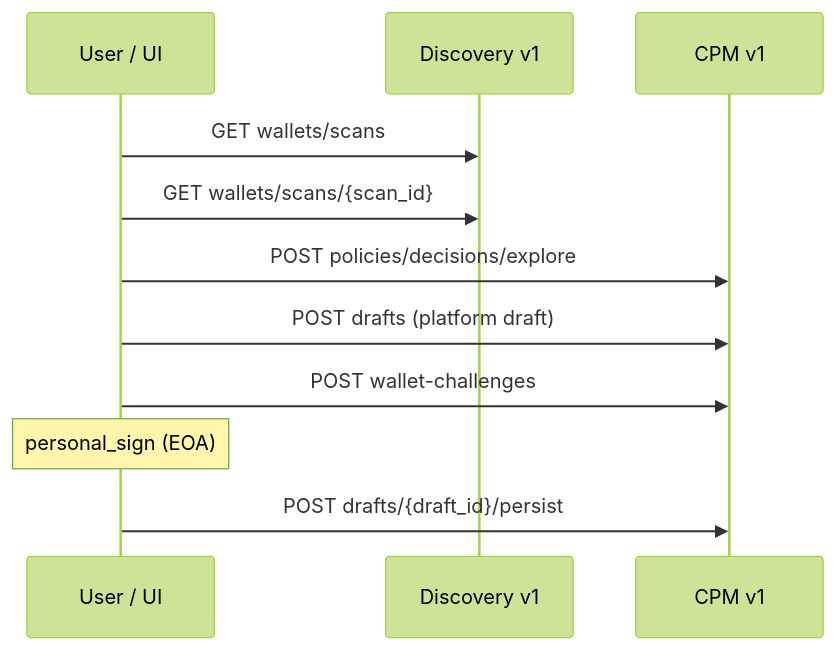
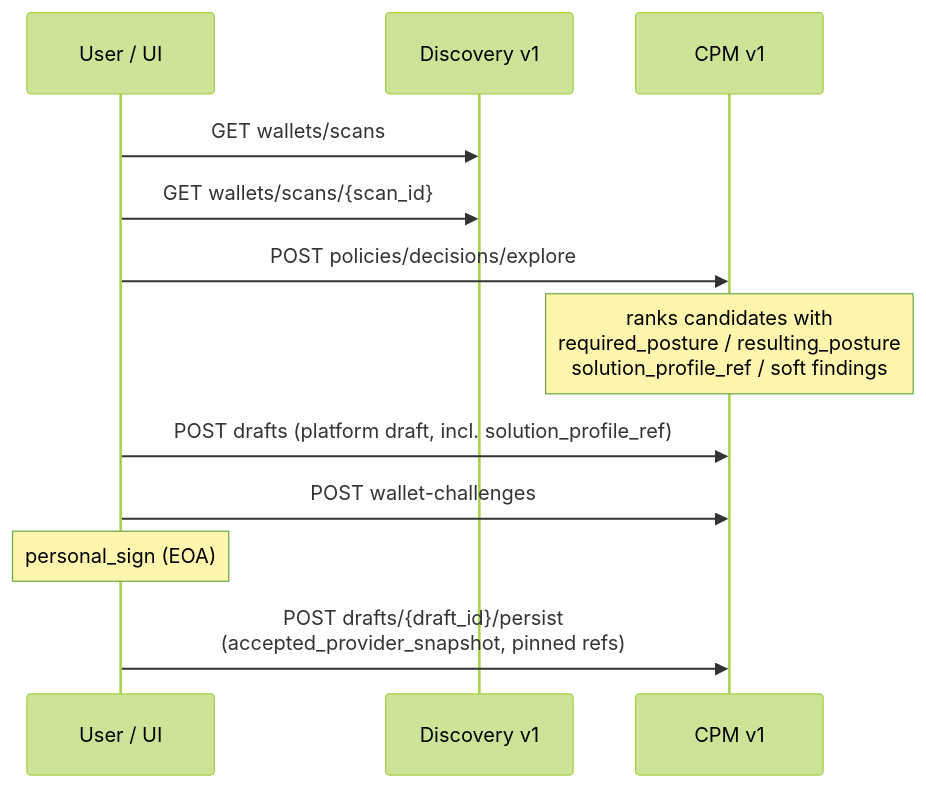
Before and after one commit to create2-labs/cafe-documentation: the diagram in docs/architecture/cpm-v1-flow.md, drawn with Mermaid (forest theme). The commit also changed other lines of this file and 9 other files, not shown here.

````diff
--- a/docs/architecture/cpm-v1-flow.md
+++ b/docs/architecture/cpm-v1-flow.md
@@ -19,13 +21,14 @@
 ```mermaid
 sequenceDiagram
   participant U as User / UI
   participant D as Discovery v1
   participant C as CPM v1
   U->>D: GET wallets/scans
   U->>D: GET wallets/scans/{scan_id}
   U->>C: POST policies/decisions/explore
-  U->>C: POST drafts (platform draft)
+  Note over C: ranks candidates with<br/>required_posture / resulting_posture<br/>solution_profile_ref / soft findings
+  U->>C: POST drafts (platform draft, incl. solution_profile_ref)
   U->>C: POST wallet-challenges
   Note over U: personal_sign (EOA)
-  U->>C: POST drafts/{draft_id}/persist
+  U->>C: POST drafts/{draft_id}/persist<br/>(accepted_provider_snapshot, pinned refs)
 ```
````
